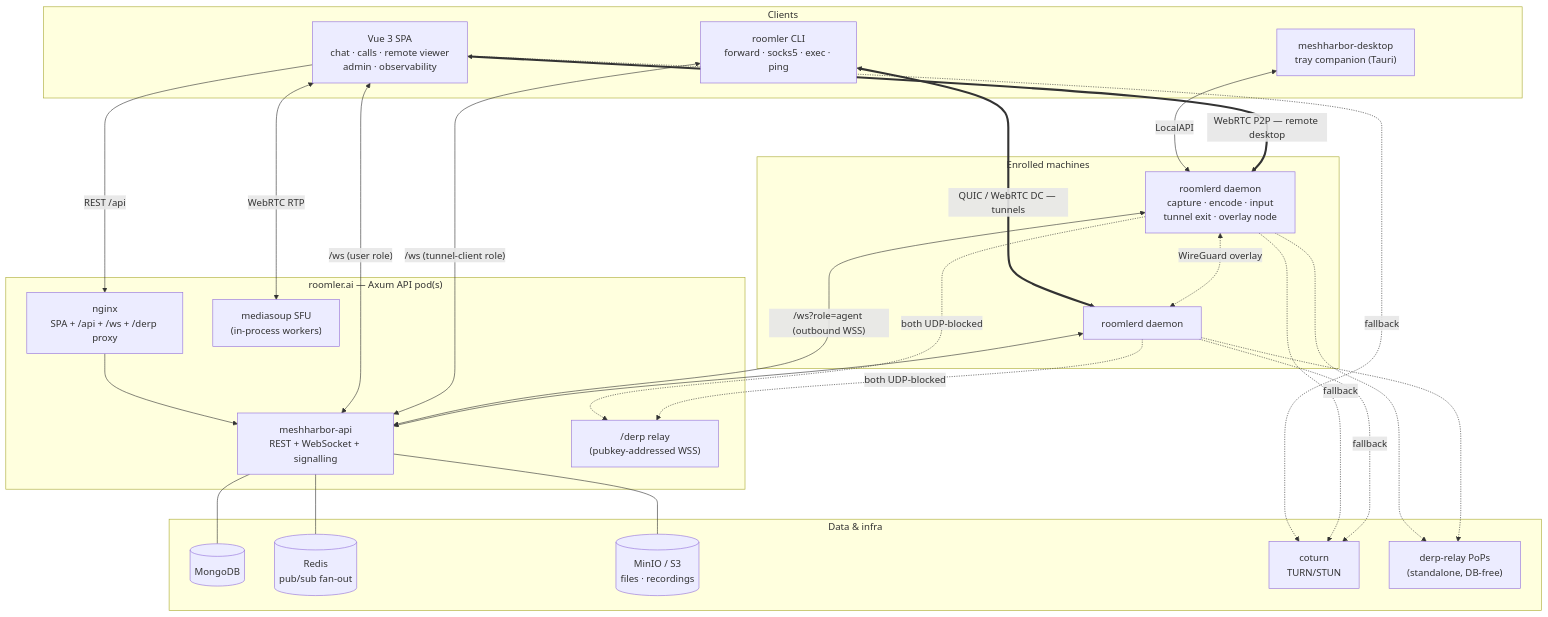
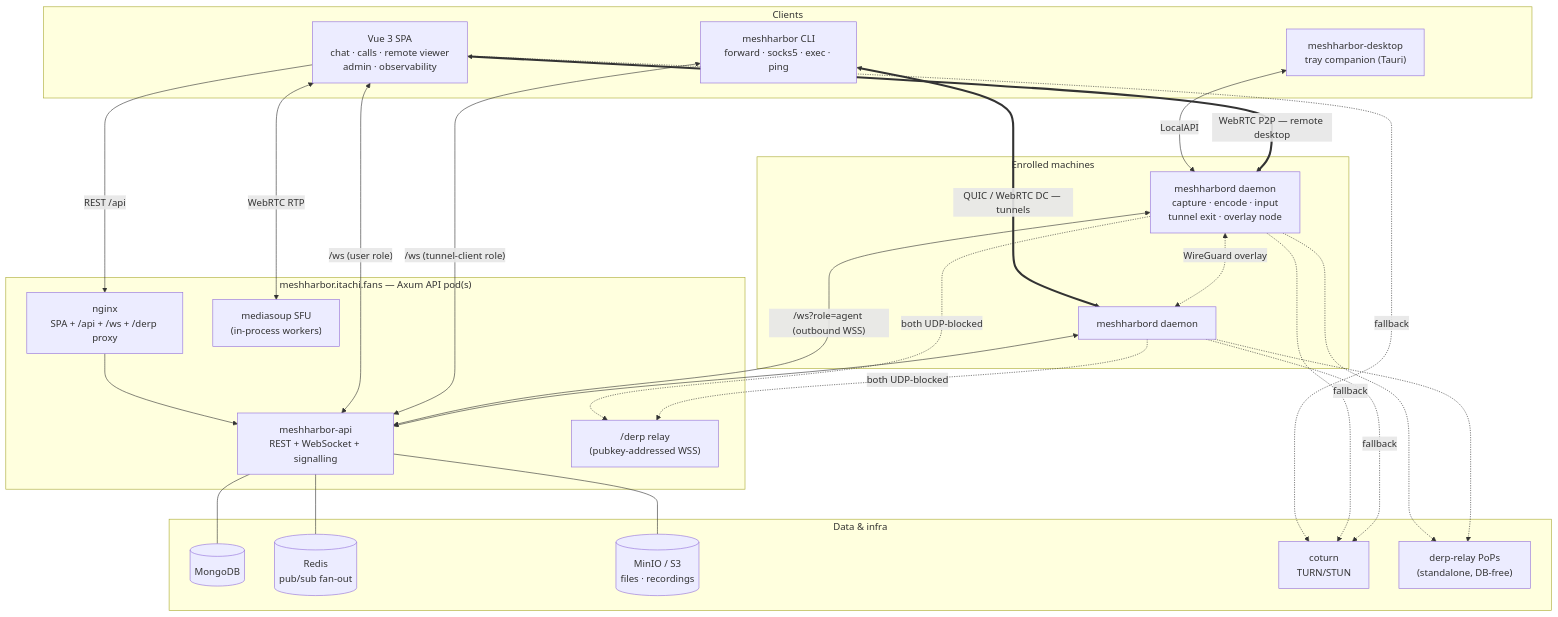
One commit to jk-zhang-meta/MeshHarbor changed the first of 4 diagrams in docs/architecture.md. Above: the diagram before and after it, drawn with Mermaid. The commit also changed other lines of this file and 682 other files, not shown here.

````diff
--- a/docs/architecture.md
+++ b/docs/architecture.md
@@ -10,43 +10,43 @@
 ```mermaid
 flowchart TB
     subgraph clients["Clients"]
         SPA["Vue 3 SPA<br/>chat · calls · remote viewer<br/>admin · observability"]
-        CLI["roomler CLI<br/>forward · socks5 · exec · ping"]
+        CLI["meshharbor CLI<br/>forward · socks5 · exec · ping"]
         DESK["meshharbor-desktop<br/>tray companion (Tauri)"]
     end
 
-    subgraph server["roomler.ai — Axum API pod(s)"]
+    subgraph server["meshharbor.itachi.fans — Axum API pod(s)"]
         NG["nginx<br/>SPA + /api + /ws + /derp proxy"]
         API["meshharbor-api<br/>REST + WebSocket + signalling"]
         SFU["mediasoup SFU<br/>(in-process workers)"]
         DERPD["/derp relay<br/>(pubkey-addressed WSS)"]
     end
 
     subgraph data["Data & infra"]
         MONGO[("MongoDB")]
         REDIS[("Redis<br/>pub/sub fan-out")]
         S3[("MinIO / S3<br/>files · recordings")]
         TURN["coturn<br/>TURN/STUN"]
         POP["derp-relay PoPs<br/>(standalone, DB-free)"]
     end
 
     subgraph fleet["Enrolled machines"]
-        D1["roomlerd daemon<br/>capture · encode · input<br/>tunnel exit · overlay node"]
-        D2["roomlerd daemon"]
+        D1["meshharbord daemon<br/>capture · encode · input<br/>tunnel exit · overlay node"]
+        D2["meshharbord daemon"]
     end
 
     SPA -->|REST /api| NG --> API
     SPA <-->|"/ws (user role)"| API
     SPA <-->|"WebRTC RTP"| SFU
     CLI <-->|"/ws (tunnel-client role)"| API
     DESK <-->|LocalAPI| D1
     D1 <-->|"/ws?role=agent (outbound WSS)"| API
     D2 <--> API
     API --- MONGO & REDIS & S3
     SPA <==>|"WebRTC P2P — remote desktop"| D1
     CLI <==>|"QUIC / WebRTC DC — tunnels"| D2
     D1 <-.->|"WireGuard overlay"| D2
     SPA & D1 & D2 -.->|fallback| TURN
     D1 & D2 -.->|"both UDP-blocked"| DERPD
     D1 & D2 -.-> POP
 ```
````
